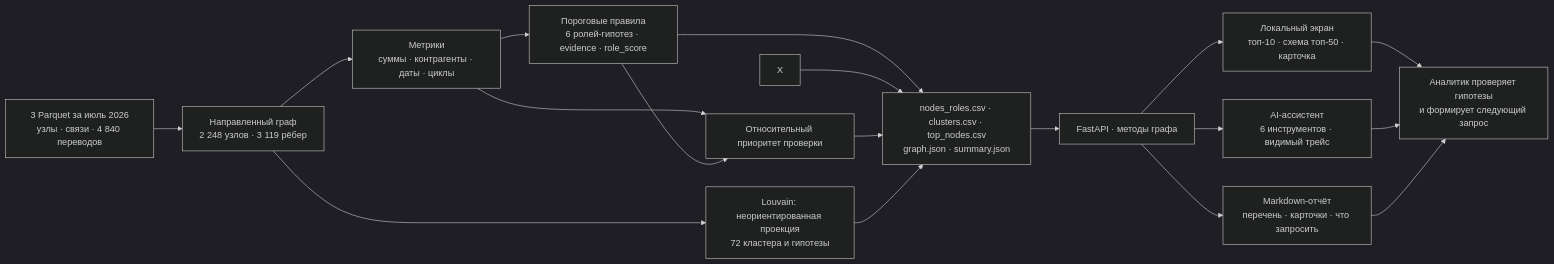
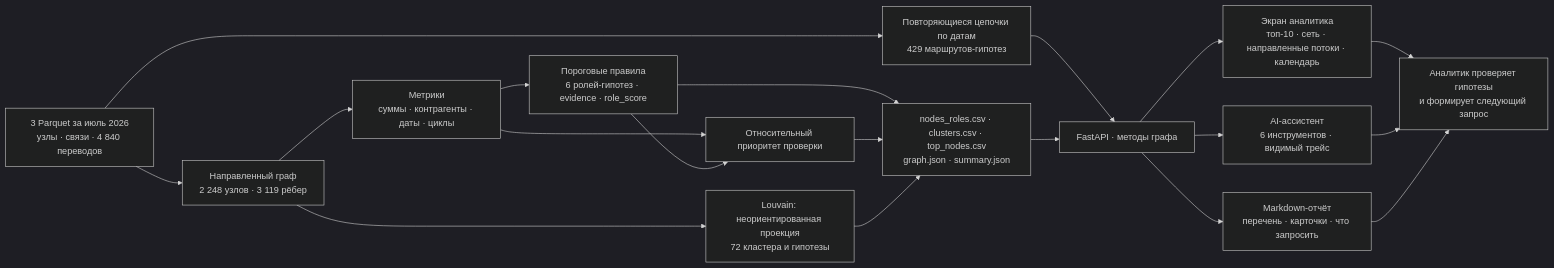
The diagram in docs/SCHEME.md (BAITC-Hacks/hack-b18c30d4-kazhydromet-ai), drawn with Mermaid (dark theme) before and after one commit. The commit also changed 15 other files, not shown here.

Commit message:
Add directed money flows and a professional analyst workspace

````diff
--- a/docs/SCHEME.md
+++ b/docs/SCHEME.md
@@ -3,20 +3,21 @@
 ```mermaid
 flowchart LR
     A[3 Parquet за июль 2026<br/>узлы · связи · 4 840 переводов] --> B[Направленный граф<br/>2 248 узлов · 3 119 рёбер]
     B --> C[Метрики<br/>суммы · контрагенты · даты · циклы]
     C --> D[Пороговые правила<br/>6 ролей-гипотез · evidence · role_score]
     C --> P[Относительный приоритет проверки]
     D --> P
     B --> L[Louvain: неориентированная проекция<br/>72 кластера и гипотезы]
     D --> O[nodes_roles.csv · clusters.csv · top_nodes.csv<br/>graph.json · summary.json]
-    X --> O
+    A --> X[Повторяющиеся цепочки по датам<br/>429 маршрутов-гипотез]
+    X --> F
     P --> O
     L --> O
     O --> F[FastAPI · методы графа]
-    F --> U[Локальный экран<br/>топ-10 · схема топ-50 · карточка]
+    F --> U[Экран аналитика<br/>топ-10 · сеть · направленные потоки · календарь]
     F --> I[AI-ассистент<br/>6 инструментов · видимый трейс]
     F --> R[Markdown-отчёт<br/>перечень · карточки · что запросить]
     U --> H[Аналитик проверяет гипотезы<br/>и формирует следующий запрос]
     I --> H
     R --> H
 ```
````
